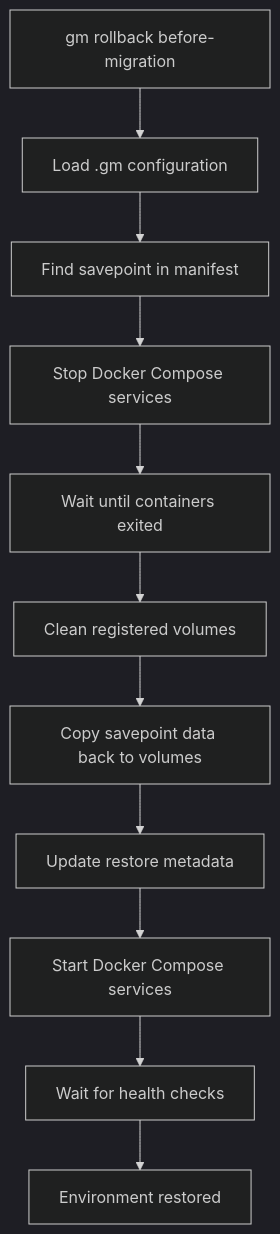
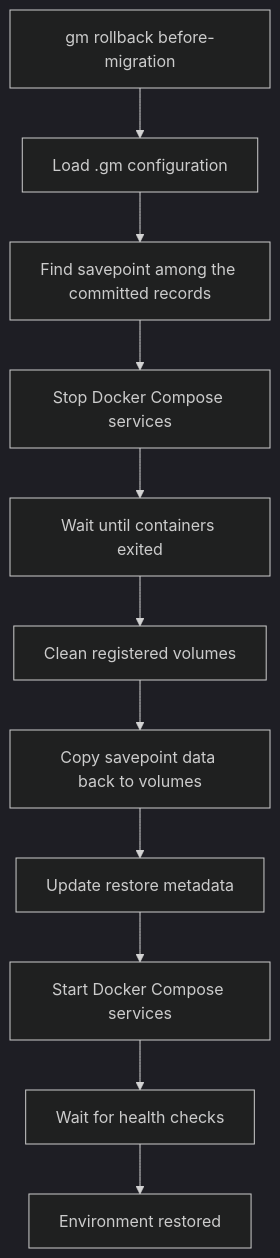
The second of 2 diagrams in doc/spec.md (GreenmaskIO/arcave), drawn with Mermaid (dark theme) before and after one commit. The commit also changed other lines of this file and 102 other files, not shown here.

First line of the commit message:
refactor: layered architecture, strict config, pluggable snapshot backend

````diff
--- a/doc/spec.md
+++ b/doc/spec.md
@@ -96,14 +104,14 @@
 ```mermaid
 flowchart TD
     A["gm rollback before-migration"]
     A --> B["Load .gm configuration"]
-    B --> C["Find savepoint in manifest"]
+    B --> C["Find savepoint among the committed records"]
     C --> D["Stop Docker Compose services"]
     D --> E["Wait until containers exited"]
     E --> F["Clean registered volumes"]
     F --> G["Copy savepoint data back to volumes"]
     G --> H["Update restore metadata"]
     H --> I["Start Docker Compose services"]
     I --> J["Wait for health checks"]
     J --> K["Environment restored"]
 ```
````
